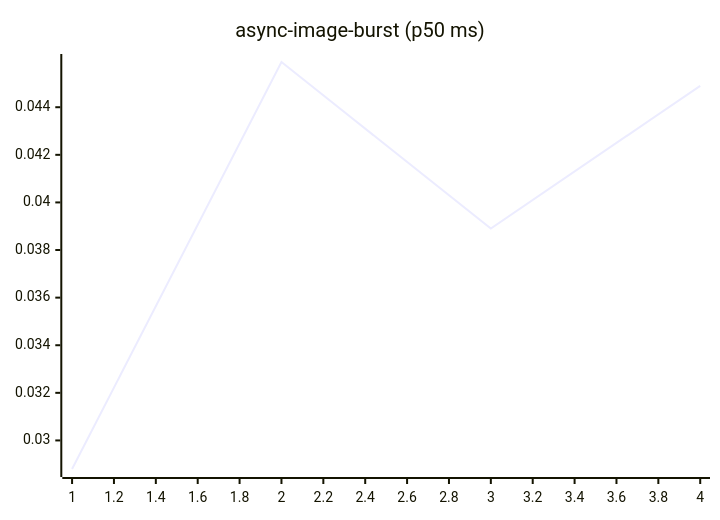
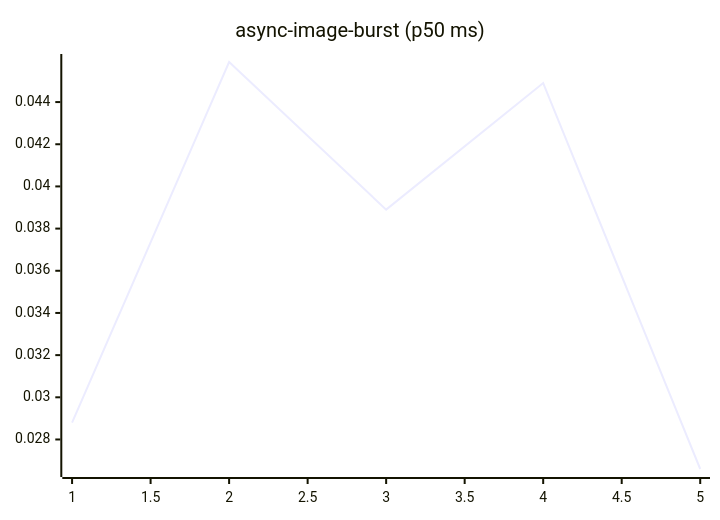
One commit to josha/Facet changed the fourth of 27 diagrams in README.md. Above: the diagram before and after it, drawn with Mermaid. The commit also changed other lines of this file and 2 other files, not shown here.

````diff
--- a/README.md
+++ b/README.md
@@ -84,6 +84,6 @@
 ```mermaid
 xychart-beta
     title "async-image-burst (p50 ms)"
-    x-axis 1 --> 4
-    line [0.0288, 0.0459, 0.0389, 0.0449]
+    x-axis 1 --> 5
+    line [0.0288, 0.0459, 0.0389, 0.0449, 0.0266]
 ```
````
